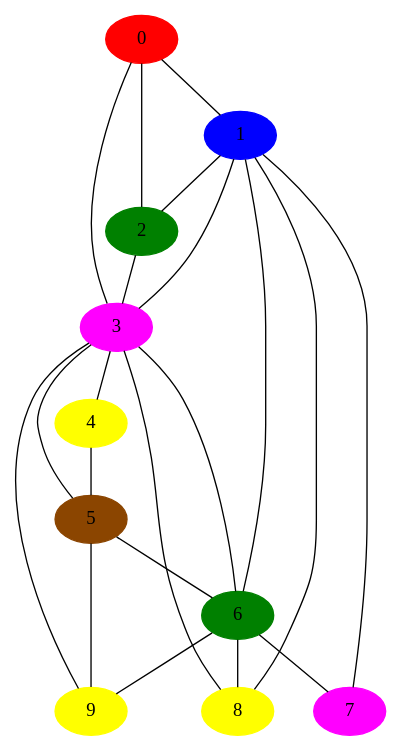
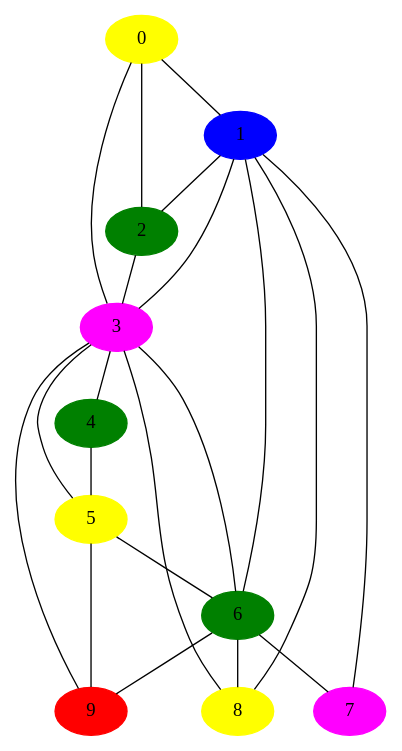
Before and after one commit to kuldeep725/COLLEGE_STUFFS: the diagram in CSlAB_2017/GraphNextSession/planar3ColoredPlanar.dot, drawn with Graphviz. The commit also changed 5 other files, not shown here.

```diff
--- a/CSlAB_2017/GraphNextSession/planar3ColoredPlanar.dot
+++ b/CSlAB_2017/GraphNextSession/planar3ColoredPlanar.dot
@@ -1,35 +1,35 @@
 graph planar3 {
       0 -- 1 ;
       0 -- 2 ;
       0 -- 3 ;
       1 -- 2 ;
       1 -- 3 ;
       1 -- 6 ;
       1 -- 7 ;
       1 -- 8 ;
       2 -- 3 ;
       3 -- 4 ;
       3 -- 5 ;
       3 -- 6 ;
       3 -- 8 ;
       3 -- 9 ;
       4 -- 5 ;
       5 -- 6 ;
       5 -- 9 ;
       6 -- 7 ;
       6 -- 8 ;
       6 -- 9 ;
       7 ;
       8 ;
       9 ;
-      0 [color=red, style=filled];
+      0 [color=yellow, style=filled];
       1 [color=blue, style=filled];
       2 [color=green, style=filled];
       3 [color=magenta, style=filled];
-      4 [color=yellow, style=filled];
-      5 [color=darkorange4, style=filled];
+      4 [color=green, style=filled];
+      5 [color=yellow, style=filled];
       6 [color=green, style=filled];
       7 [color=magenta, style=filled];
       8 [color=yellow, style=filled];
-      9 [color=yellow, style=filled]
+      9 [color=red, style=filled]
 }
```
